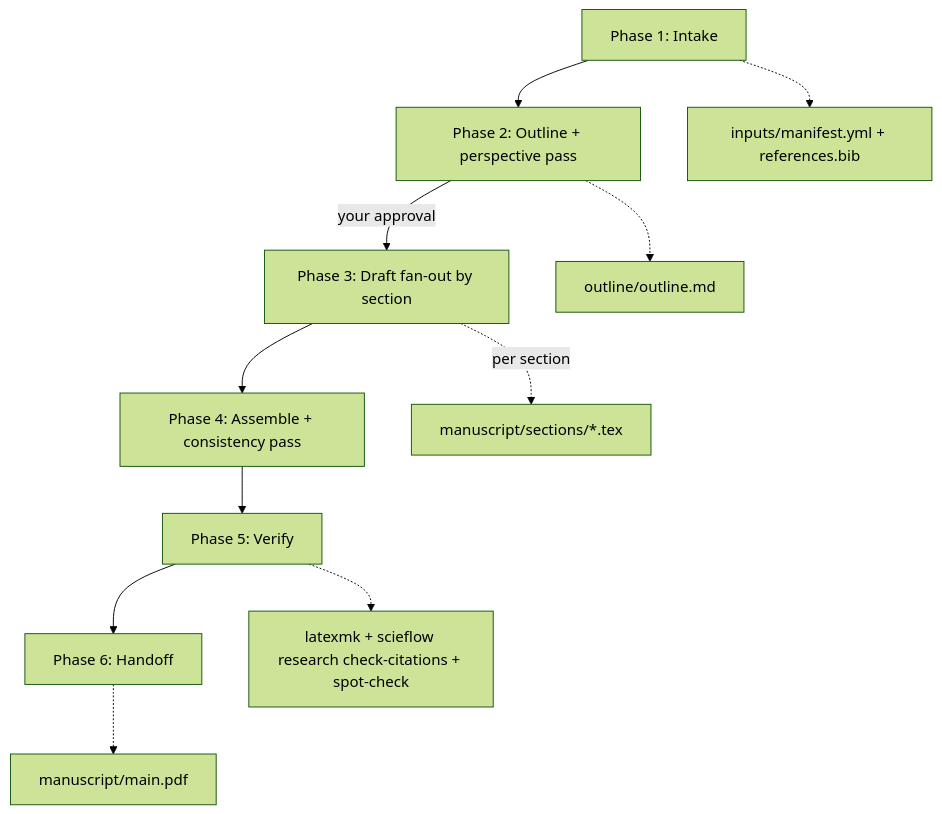
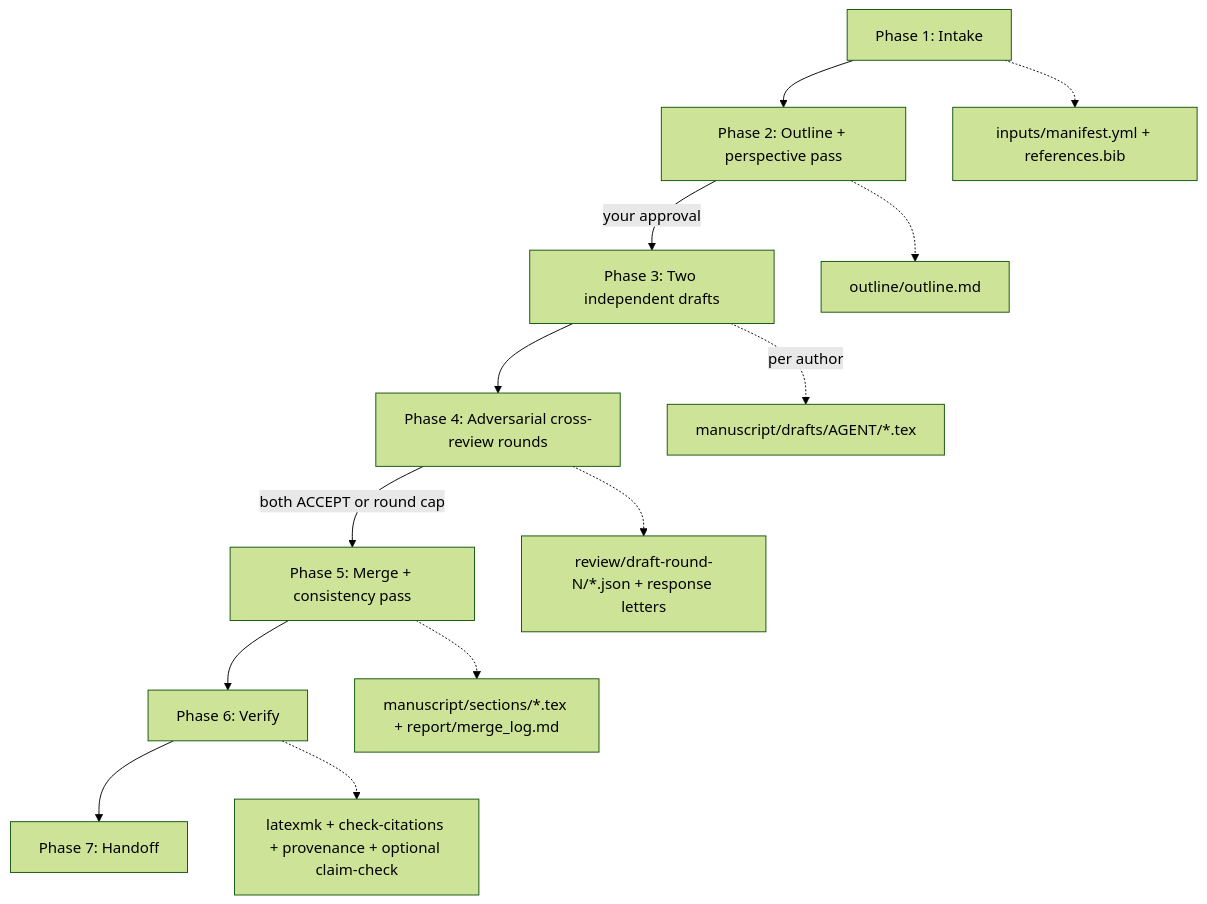
The diagram in docs/research/workflows/paper-draft.md (jedimik/ScieFlow), drawn with Mermaid (forest theme) before and after one commit. The commit also changed other lines of this file and 14 other files, not shown here.

First line of the commit message:
fix(research): M0 correctness fixes; roadmap spec

````diff
--- a/docs/research/workflows/paper-draft.md
+++ b/docs/research/workflows/paper-draft.md
@@ -14,13 +17,15 @@
 ```mermaid
 flowchart TD
     A[Phase 1: Intake] --> B[Phase 2: Outline + perspective pass]
-    B -->|your approval| C[Phase 3: Draft fan-out by section]
-    C --> D[Phase 4: Assemble + consistency pass]
-    D --> E[Phase 5: Verify]
-    E --> F[Phase 6: Handoff]
+    B -->|your approval| C[Phase 3: Two independent drafts]
+    C --> D[Phase 4: Adversarial cross-review rounds]
+    D -->|both ACCEPT or round cap| E[Phase 5: Merge + consistency pass]
+    E --> F[Phase 6: Verify]
+    F --> G[Phase 7: Handoff]
     A -.-> A1[inputs/manifest.yml + references.bib]
     B -.-> B1[outline/outline.md]
-    C -.->|per section| C1[manuscript/sections/*.tex]
-    E -.-> E1[latexmk + scieflow research check-citations + spot-check]
-    F -.-> F1[manuscript/main.pdf]
+    C -.->|per author| C1[manuscript/drafts/AGENT/*.tex]
+    D -.-> D1[review/draft-round-N/*.json + response letters]
+    E -.-> E1[manuscript/sections/*.tex + report/merge_log.md]
+    F -.-> F1[latexmk + check-citations + provenance + optional claim-check]
 ```
````
